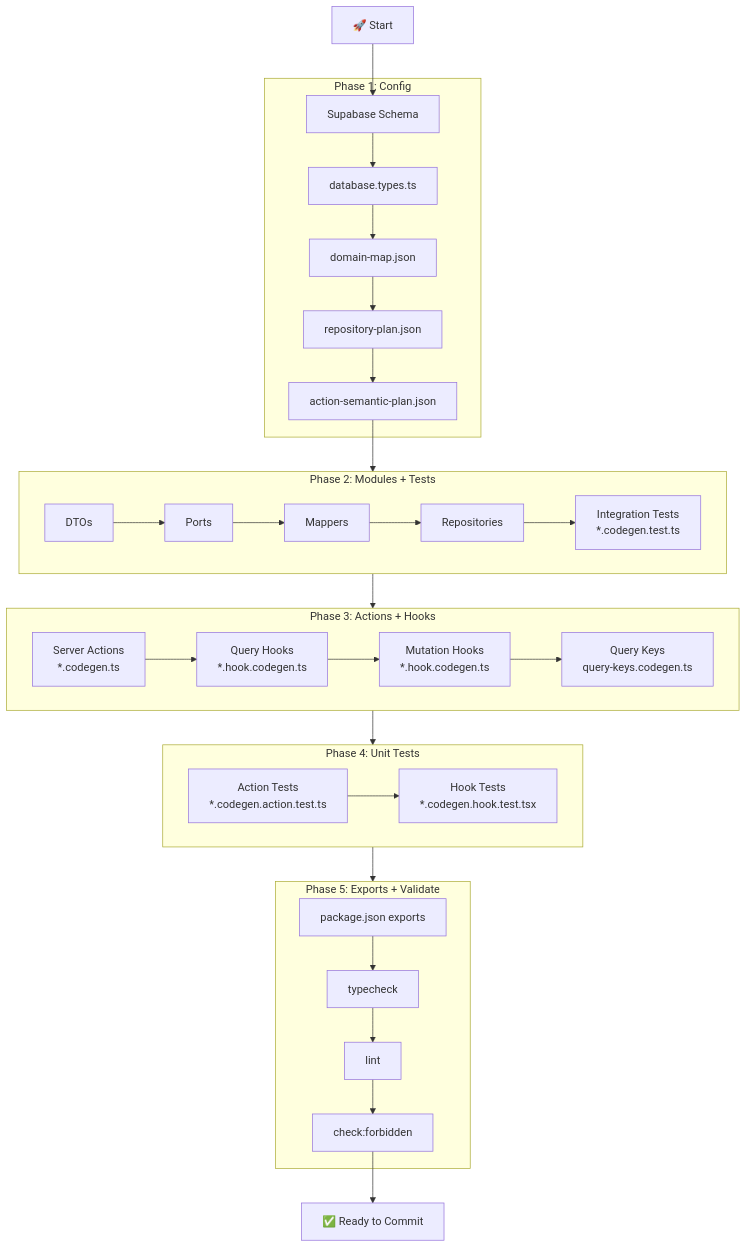
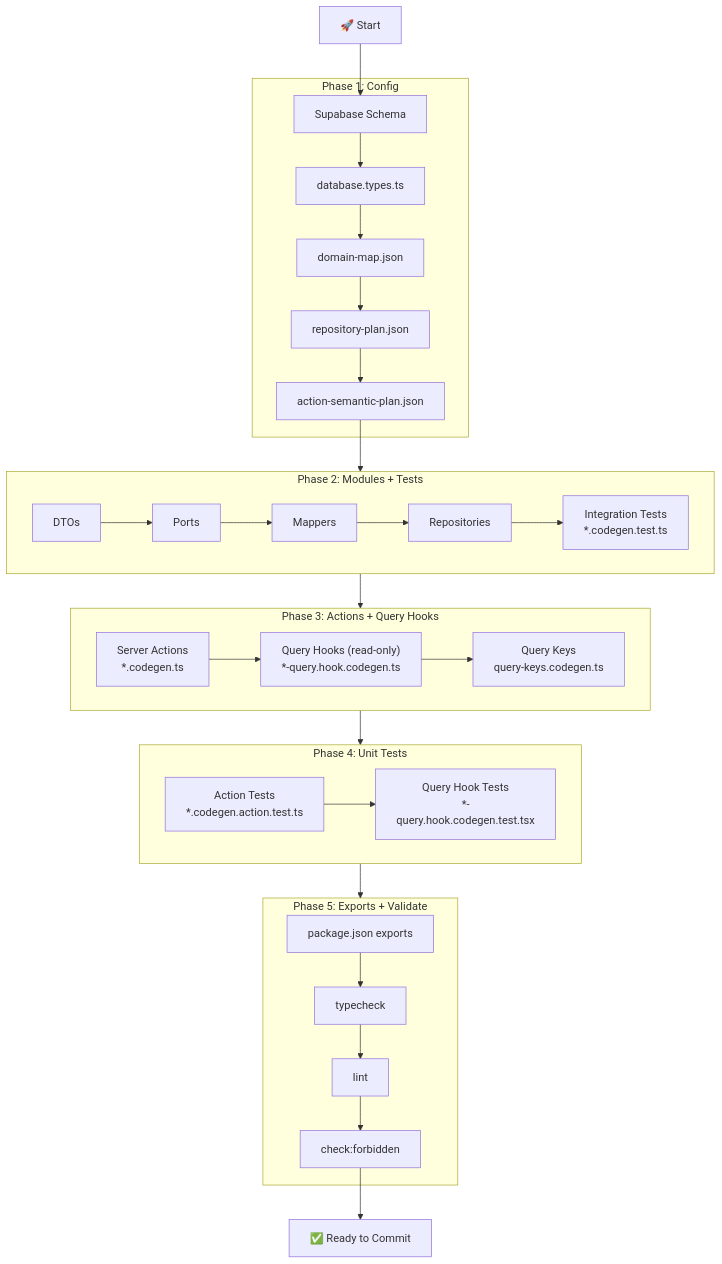
One commit to noasantos/nextjs-template changed the second of 2 diagrams in docs/architecture/codegen-pipeline-diagram.md. Above: the diagram before and after it, drawn with Mermaid. The commit also changed other lines of this file and 82 other files, not shown here.

````diff
--- a/docs/architecture/codegen-pipeline-diagram.md
+++ b/docs/architecture/codegen-pipeline-diagram.md
@@ -478,57 +440,56 @@
 ```mermaid
 flowchart TD
     Start["🚀 Start"]
 
     subgraph Phase1["Phase 1: Config"]
         S1["Supabase Schema"]
         S2["database.types.ts"]
         S3["domain-map.json"]
         S4["repository-plan.json"]
         S5["action-semantic-plan.json"]
     end
 
     subgraph Phase2["Phase 2: Modules + Tests"]
         M1["DTOs"]
         M2["Ports"]
         M3["Mappers"]
         M4["Repositories"]
         T1["Integration Tests<br/>*.codegen.test.ts"]
     end
 
-    subgraph Phase3["Phase 3: Actions + Hooks"]
+    subgraph Phase3["Phase 3: Actions + Query Hooks"]
         A1["Server Actions<br/>*.codegen.ts"]
-        A2["Query Hooks<br/>*.hook.codegen.ts"]
-        A3["Mutation Hooks<br/>*.hook.codegen.ts"]
+        A2["Query Hooks (read-only)<br/>*-query.hook.codegen.ts"]
         A4["Query Keys<br/>query-keys.codegen.ts"]
     end
 
     subgraph Phase4["Phase 4: Unit Tests"]
         U1["Action Tests<br/>*.codegen.action.test.ts"]
-        U2["Hook Tests<br/>*.codegen.hook.test.tsx"]
+        U2["Query Hook Tests<br/>*-query.hook.codegen.test.tsx"]
     end
 
     subgraph Phase5["Phase 5: Exports + Validate"]
         E1["package.json exports"]
         V1["typecheck"]
         V2["lint"]
         V3["check:forbidden"]
     end
 
     End["✅ Ready to Commit"]
 
     Start --> S1
     S1 --> S2
     S2 --> S3
     S3 --> S4
     S4 --> S5
     S5 --> Phase2
     M1 --> M2 --> M3 --> M4
     M4 --> T1
     Phase2 --> Phase3
-    A1 --> A2 --> A3 --> A4
+    A1 --> A2 --> A4
     Phase3 --> Phase4
     U1 --> U2
     Phase4 --> Phase5
     E1 --> V1 --> V2 --> V3
     V3 --> End
 ```
````
